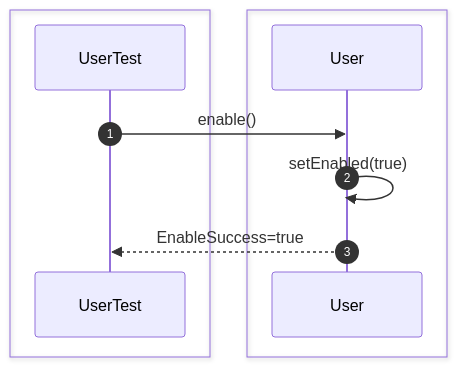
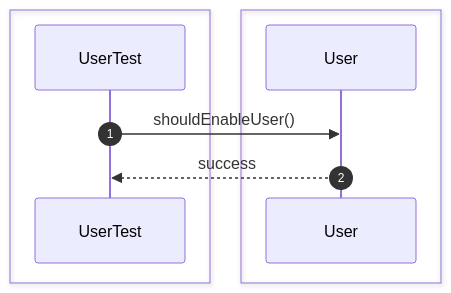
Diagram 15 of 35 in src/sequence/security.md (Huy1801214/dbms-architecture), drawn with Mermaid before and after one commit. The commit also changed other lines of this file and 68 other files, not shown here.

Commit message:
implement comprehensive unit test suite and architectural sequence documentation

````diff
--- a/src/sequence/security.md
+++ b/src/sequence/security.md
@@ -271,15 +218,13 @@
 ```mermaid
 sequenceDiagram
     autonumber
-
     box #e1f5fe Test Suite
     participant Test as UserTest
     end
-    box #e3f2fd Security Components
-    participant User as User
+    box #e3f2fd User Component
+    participant U as User
     end
 
-    Test->>User: enable()
-    User->>User: setEnabled(true)
-    User-->>Test: EnableSuccess=true
+    Test->>U: shouldEnableUser()
+    U-->>Test: success
 ```
````
